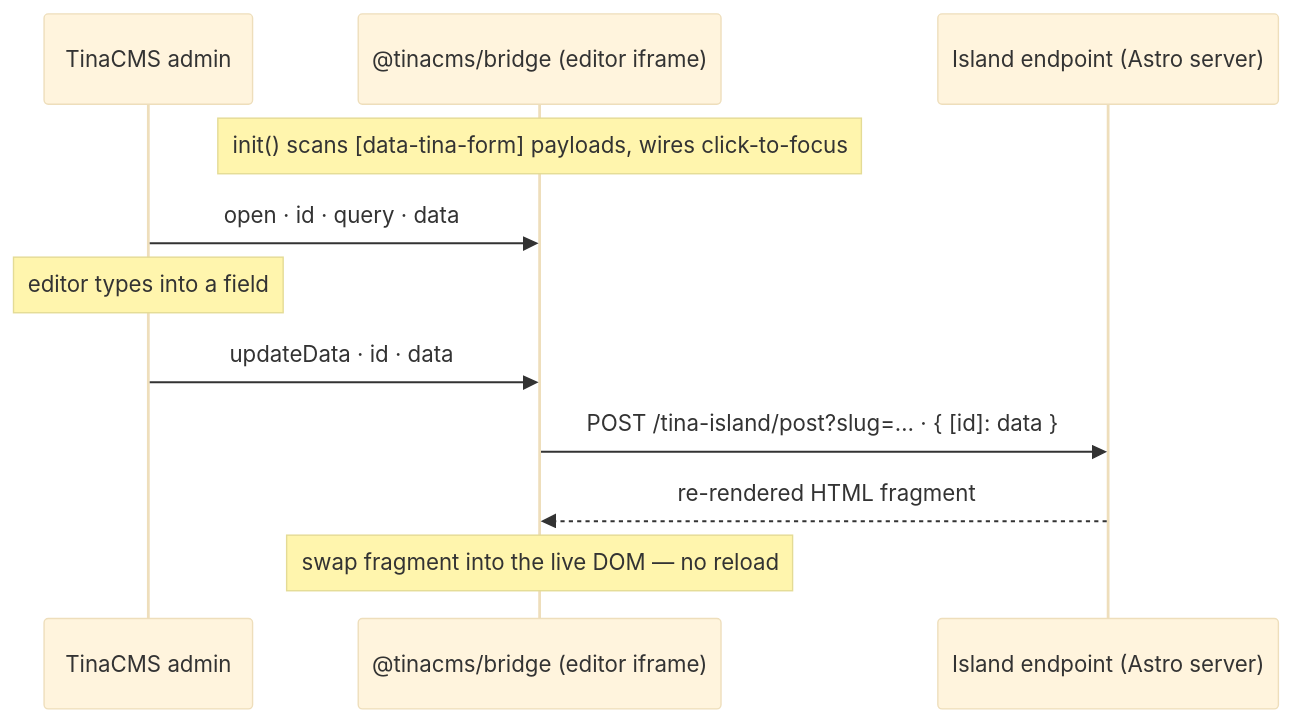
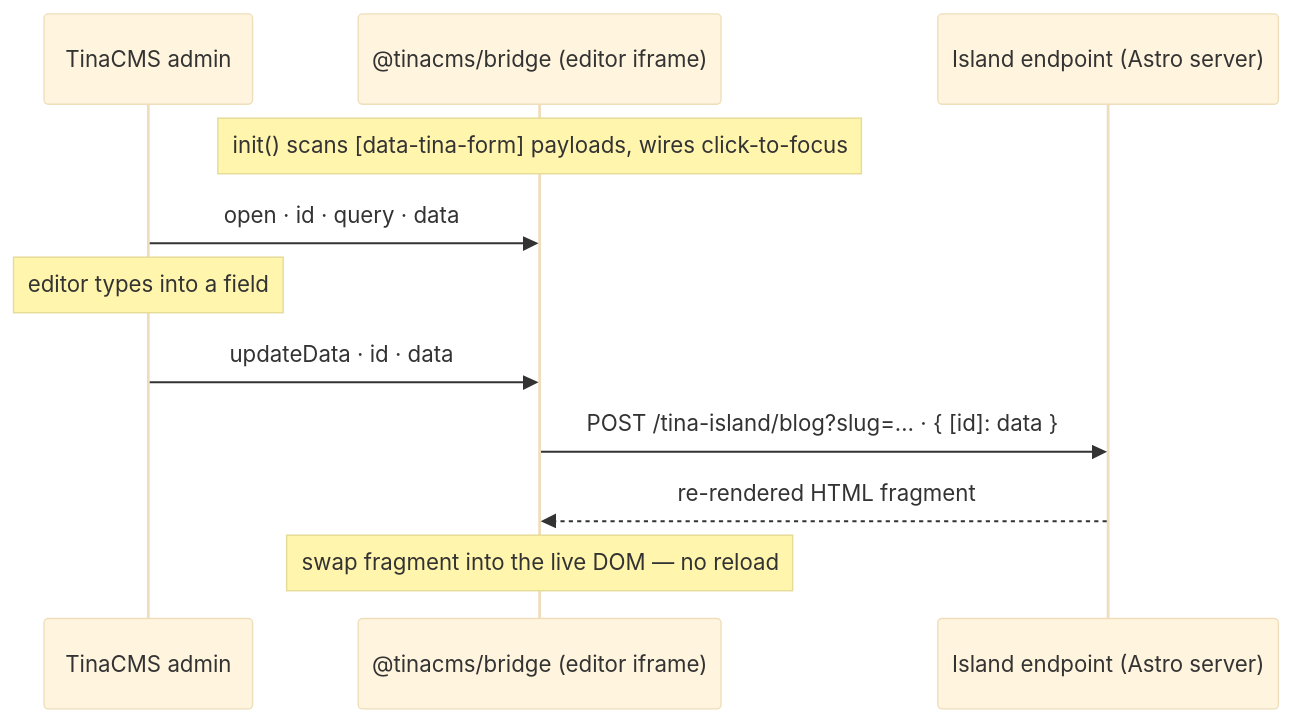
One commit to tinacms/tina.io changed the diagram in content/blog/astro-visual-editing-without-react.mdx. Above: the diagram before and after it, drawn with Mermaid (base theme). The commit also changed other lines of this file, not shown here.

First line of the commit message:
Reframe Astro blog post as default-starter announcement

````diff
--- a/content/blog/astro-visual-editing-without-react.mdx
+++ b/content/blog/astro-visual-editing-without-react.mdx
@@ -30,14 +43,14 @@
 ```mermaid
 sequenceDiagram
     participant Admin as TinaCMS admin
     participant Bridge as @tinacms/bridge (editor iframe)
     participant Island as Island endpoint (Astro server)
 
     Note over Bridge: init() scans [data-tina-form] payloads, wires click-to-focus
     Admin->>Bridge: open · id · query · data
     Note over Admin: editor types into a field
     Admin->>Bridge: updateData · id · data
-    Bridge->>Island: POST /tina-island/post?slug=… · { [id]: data }
+    Bridge->>Island: POST /tina-island/blog?slug=… · { [id]: data }
     Island-->>Bridge: re-rendered HTML fragment
     Note over Bridge: swap fragment into the live DOM — no reload
 ```
````
